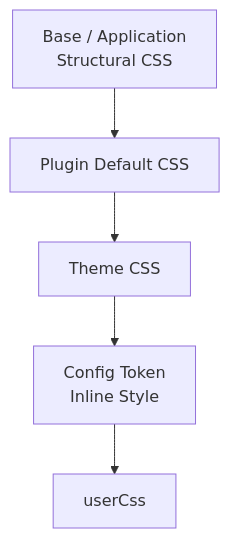
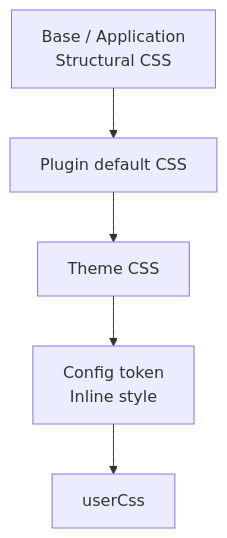
Before and after one commit to Rerurate514/riebeckite: the seventh of 10 diagrams in docs/docs/reference/theme-api.md, drawn with Mermaid. The commit also changed other lines of this file and 604 other files, not shown here.

````diff
--- a/docs/docs/reference/theme-api.md
+++ b/docs/docs/reference/theme-api.md
@@ -830,13 +484,13 @@
-```mermaid id="13bftb"
+```mermaid
 flowchart TD
     Base["Base / Application<br/>Structural CSS"]
-    Plugin["Plugin Default CSS"]
+    Plugin["Plugin default CSS"]
     Theme["Theme CSS"]
-    Tokens["Config Token<br/>Inline Style"]
+    Tokens["Config token<br/>Inline style"]
     User["userCss"]
 
     Base --> Plugin
     Plugin --> Theme
     Theme --> Tokens
     Tokens --> User
 ```
````
